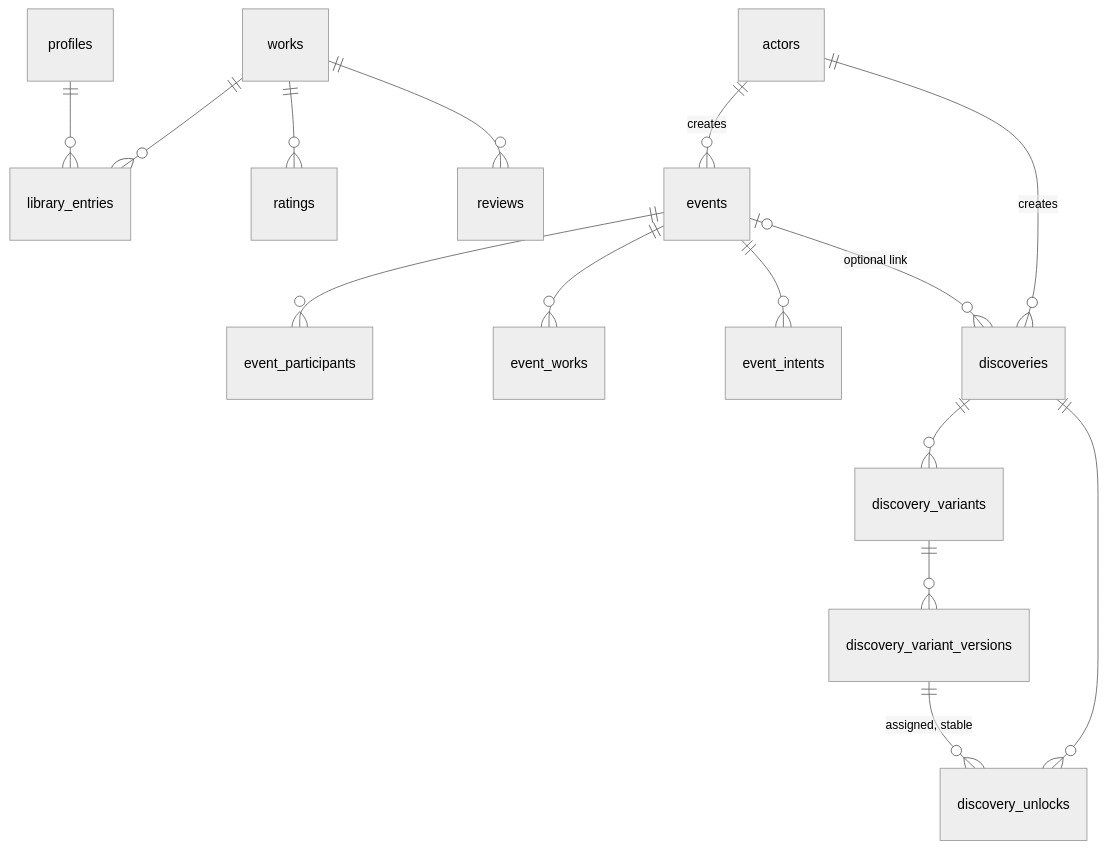
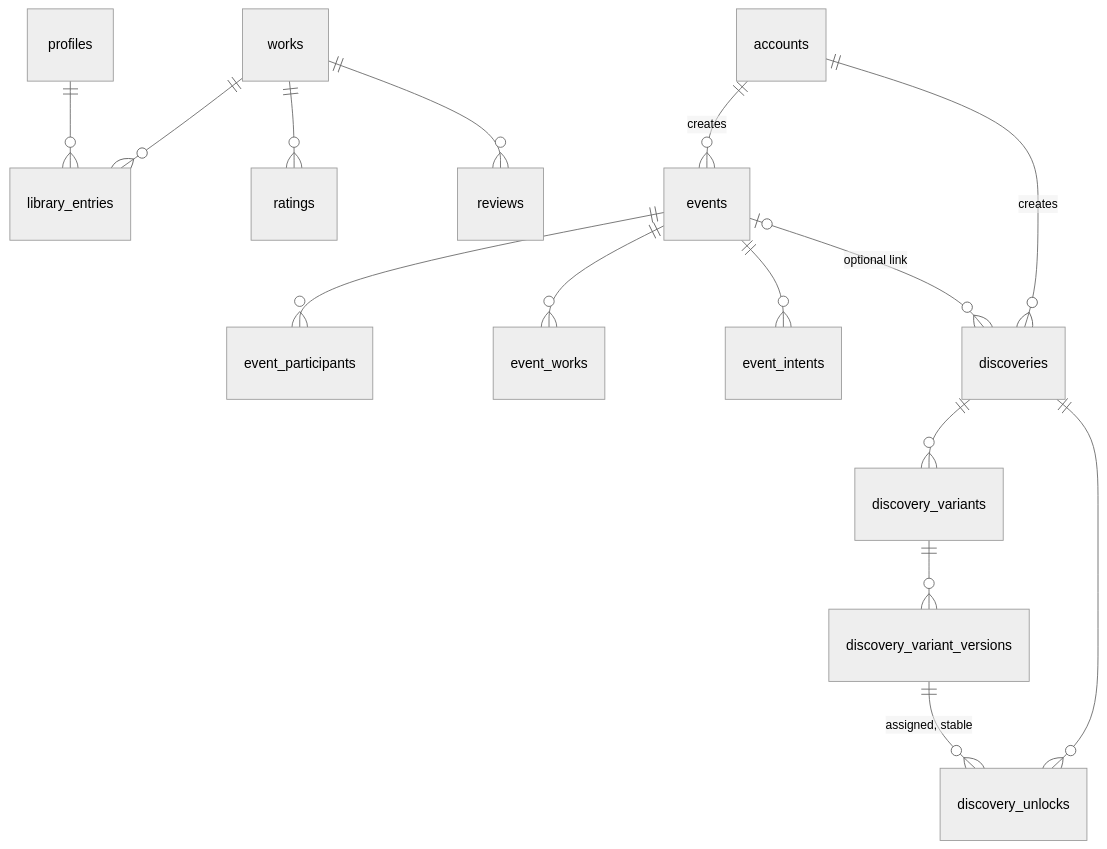
The fourth of 4 diagrams in docs/superpowers/specs/2026-10-21-lisette-database-design.md (AlexiaMaria11/Lisette), drawn with Mermaid (neutral theme) before and after one commit. The commit also changed other lines of this file and 12 other files, not shown here.

First line of the commit message:
Rewrite delivery plans on the accounts/calls schema and record 2026-10-21 decisions

````diff
--- a/docs/superpowers/specs/2026-10-21-lisette-database-design.md
+++ b/docs/superpowers/specs/2026-10-21-lisette-database-design.md
@@ -171,17 +189,17 @@
 ```mermaid
 erDiagram
   profiles ||--o{ library_entries : ""
   works ||--o{ library_entries : ""
   works ||--o{ ratings : ""
   works ||--o{ reviews : ""
-  actors ||--o{ events : creates
+  accounts ||--o{ events : creates
   events ||--o{ event_participants : ""
   events ||--o{ event_works : ""
   events ||--o{ event_intents : ""
-  actors ||--o{ discoveries : creates
+  accounts ||--o{ discoveries : creates
   events |o--o{ discoveries : "optional link"
   discoveries ||--o{ discovery_variants : ""
   discovery_variants ||--o{ discovery_variant_versions : ""
   discoveries ||--o{ discovery_unlocks : ""
   discovery_variant_versions ||--o{ discovery_unlocks : "assigned, stable"
 ```
````
